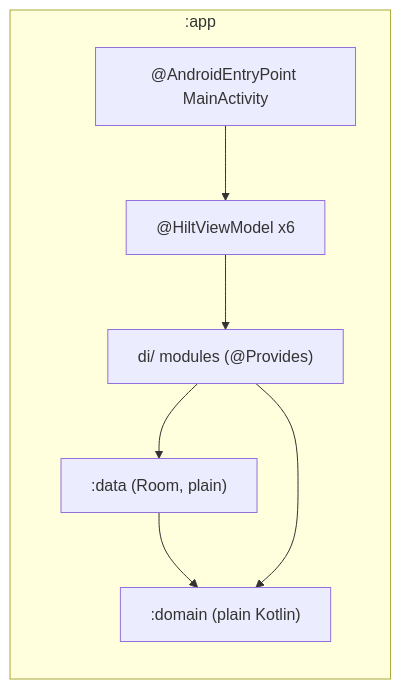
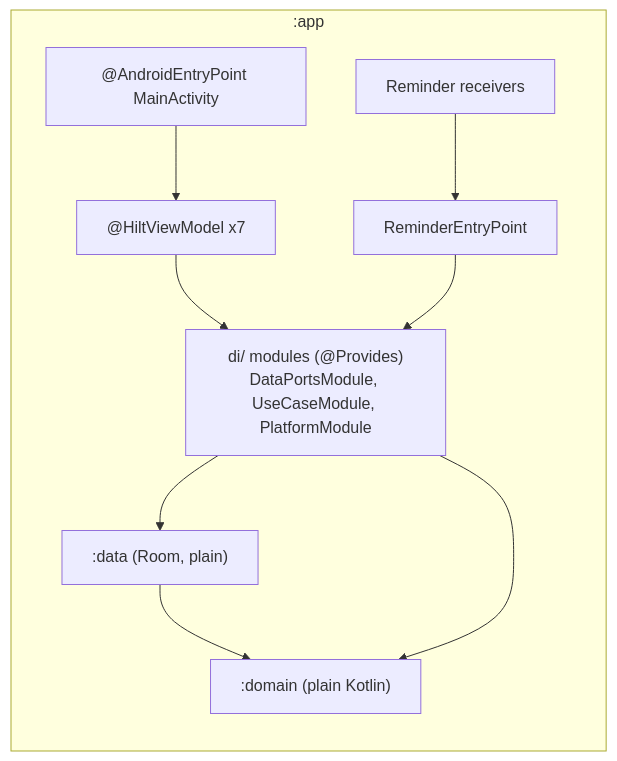
Before and after one commit to mannetje/health_journal: the diagram in docs/adr/0035-hilt-for-dependency-injection.md, drawn with Mermaid. The commit also changed other lines of this file and 15 other files, not shown here.

Commit message:
docs: describe Hilt in the architecture, C4, conventions and how-to docs, add a dependency injection page, accept ADR 0035 (adopt-hilt-dependency-injection 3.4)

````diff
--- a/docs/adr/0035-hilt-for-dependency-injection.md
+++ b/docs/adr/0035-hilt-for-dependency-injection.md
@@ -15,11 +25,13 @@
 ```mermaid
 flowchart LR
     DOMAIN[":domain (plain Kotlin)"]
     DATA[":data (Room, plain)"] --> DOMAIN
     subgraph APP[":app"]
-        DI["di/ modules (@Provides)"] --> DATA
+        DI["di/ modules (@Provides)<br/>DataPortsModule, UseCaseModule, PlatformModule"] --> DATA
         DI --> DOMAIN
-        VM["@HiltViewModel x6"] --> DI
+        VM["@HiltViewModel x7"] --> DI
         ACT["@AndroidEntryPoint MainActivity"] --> VM
+        EP["ReminderEntryPoint"] --> DI
+        REC["Reminder receivers"] --> EP
     end
 ```
````
